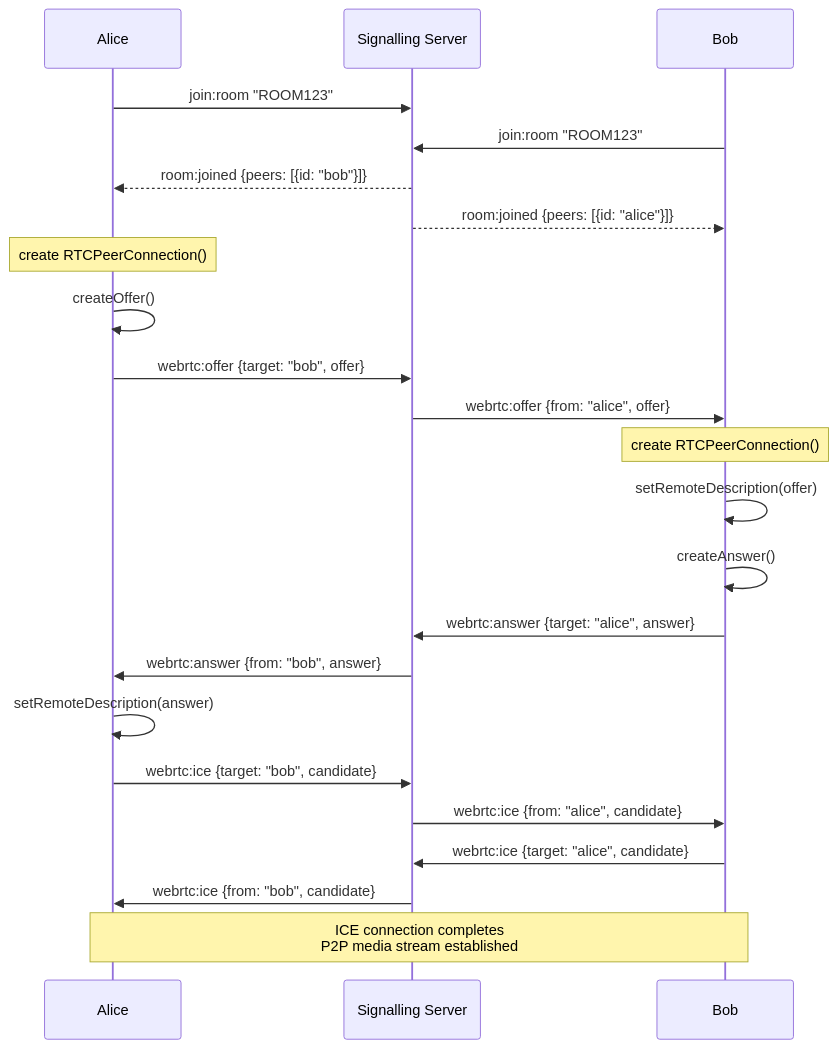
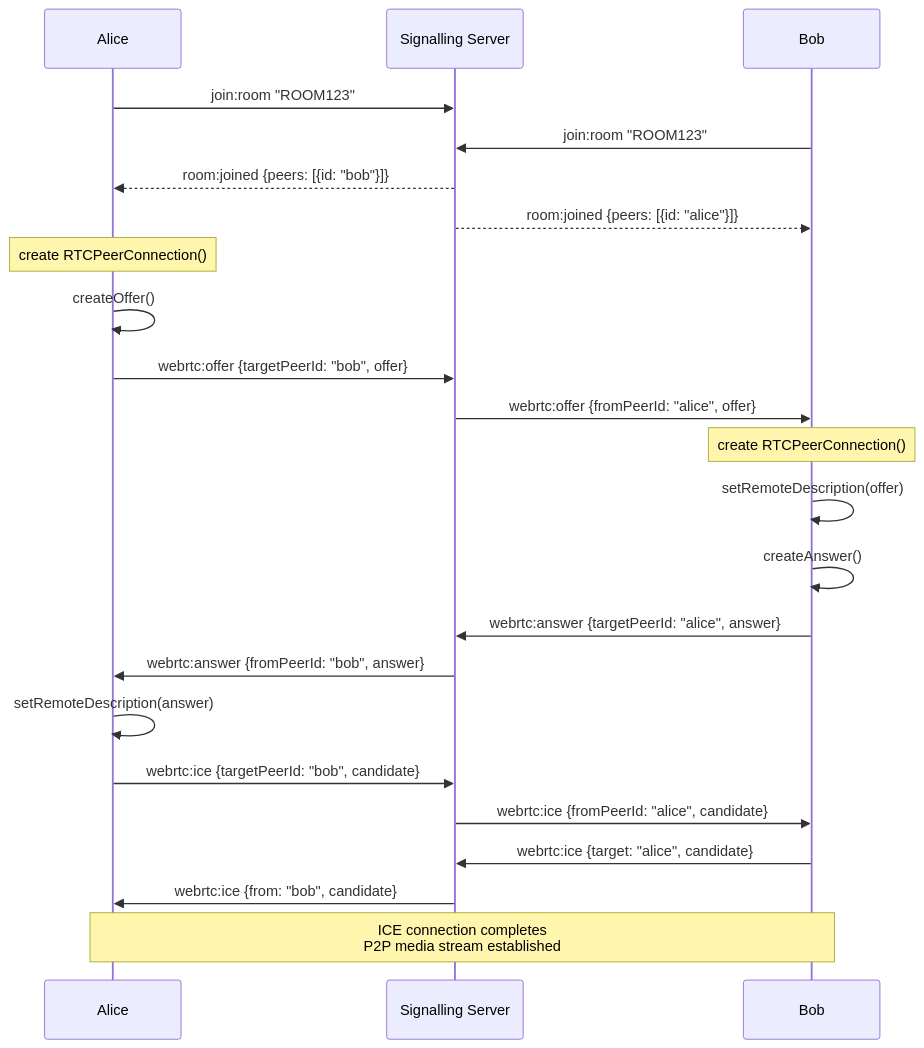
The third of 4 diagrams in docs/SDD.md (YuriFA/zvonOK), drawn with Mermaid before and after one commit. The commit also changed other lines of this file and 2 other files, not shown here.

Commit message:
docs: update WebSocket event specifications
- Document bidirectional WebRTC events with fromPeerId/targetPeerId
- Add media:state and media:state_changed events
- Document error event format with code and message

````diff
--- a/docs/SDD.md
+++ b/docs/SDD.md
@@ -734,32 +739,32 @@
 ```mermaid
 sequenceDiagram
     participant A as Alice
     participant S as Signalling Server
     participant B as Bob
 
     A->>S: join:room "ROOM123"
     B->>S: join:room "ROOM123"
     S-->>A: room:joined {peers: [{id: "bob"}]}
     S-->>B: room:joined {peers: [{id: "alice"}]}
 
     Note over A: create RTCPeerConnection()
     A->>A: createOffer()
-    A->>S: webrtc:offer {target: "bob", offer}
+    A->>S: webrtc:offer {targetPeerId: "bob", offer}
 
-    S->>B: webrtc:offer {from: "alice", offer}
+    S->>B: webrtc:offer {fromPeerId: "alice", offer}
     Note over B: create RTCPeerConnection()
     B->>B: setRemoteDescription(offer)
     B->>B: createAnswer()
-    B->>S: webrtc:answer {target: "alice", answer}
+    B->>S: webrtc:answer {targetPeerId: "alice", answer}
 
-    S->>A: webrtc:answer {from: "bob", answer}
+    S->>A: webrtc:answer {fromPeerId: "bob", answer}
     A->>A: setRemoteDescription(answer)
 
-    A->>S: webrtc:ice {target: "bob", candidate}
-    S->>B: webrtc:ice {from: "alice", candidate}
+    A->>S: webrtc:ice {targetPeerId: "bob", candidate}
+    S->>B: webrtc:ice {fromPeerId: "alice", candidate}
 
     B->>S: webrtc:ice {target: "alice", candidate}
     S->>A: webrtc:ice {from: "bob", candidate}
 
     Note over A,B: ICE connection completes<br/>P2P media stream established
 ```
````
